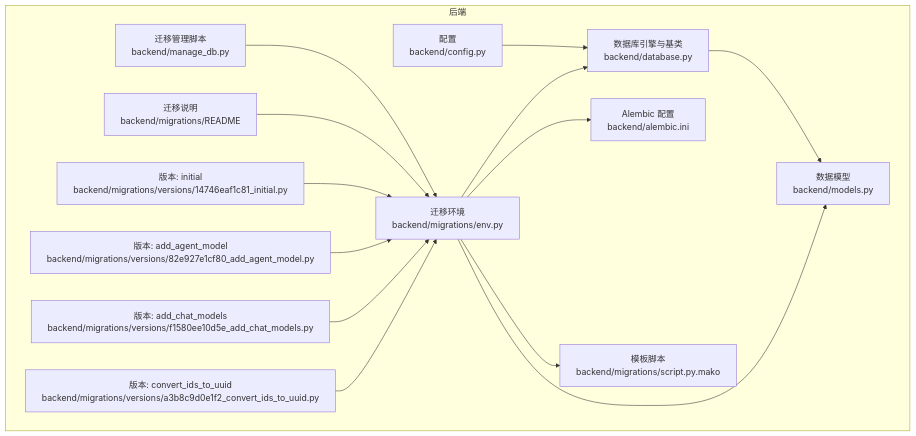
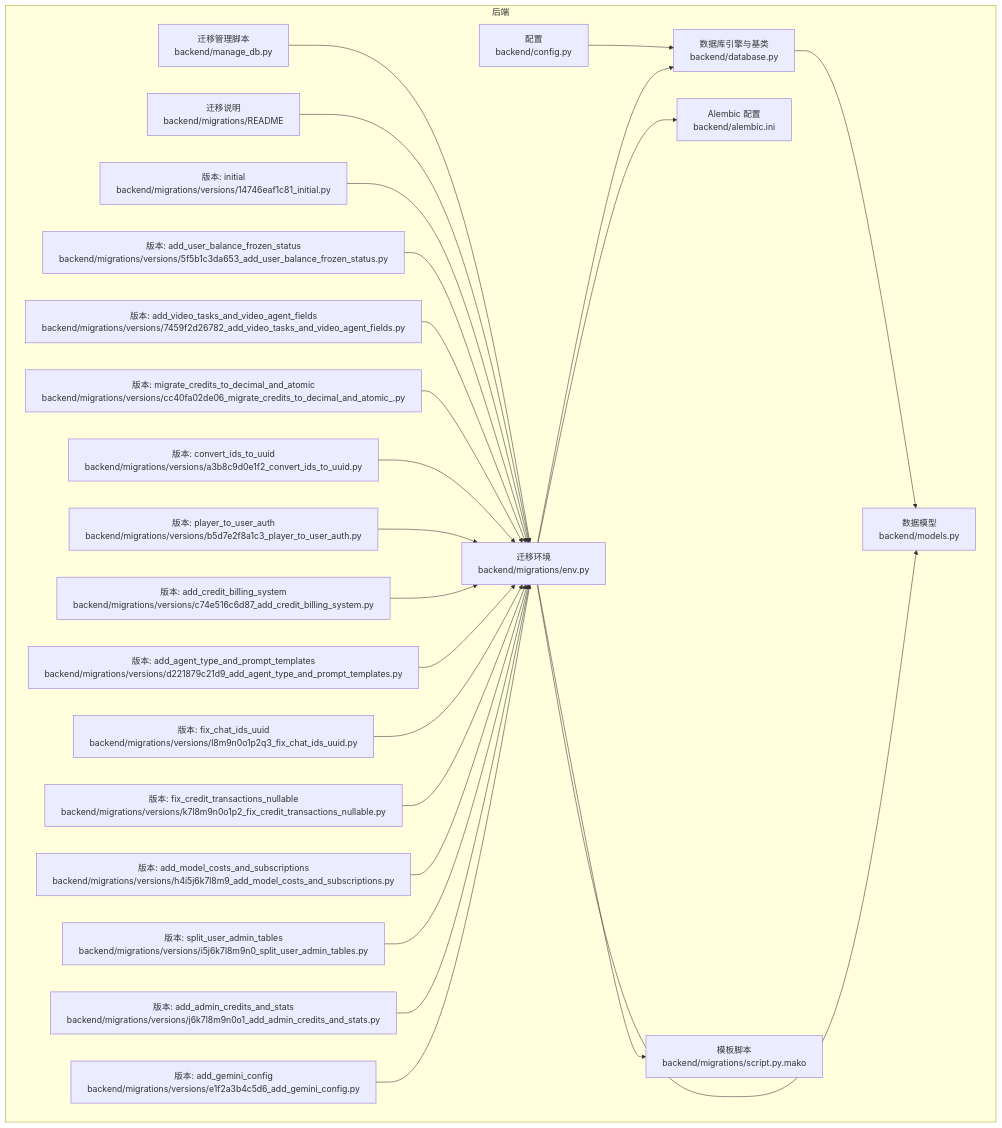
Before and after one commit to KunLabAI/KunFlix: the first of 6 diagrams in .qoder/repowiki/zh/content/数据库设计/数据库迁移管理.md, drawn with Mermaid. The commit also changed other lines of this file and 25 other files, not shown here.

First line of the commit message:
feat(admin-auth): 新增管理员认证模块及登录界面优化

````diff
--- a/.qoder/repowiki/zh/content/数据库设计/数据库迁移管理.md
+++ b/.qoder/repowiki/zh/content/数据库设计/数据库迁移管理.md
@@ -44,29 +55,49 @@
 ```mermaid
 graph TB
 subgraph "后端"
 CFG["配置<br/>backend/config.py"]
 DB["数据库引擎与基类<br/>backend/database.py"]
 MODELS["数据模型<br/>backend/models.py"]
 MANAGE["迁移管理脚本<br/>backend/manage_db.py"]
 ALEMBIC_INI["Alembic 配置<br/>backend/alembic.ini"]
 ENV["迁移环境<br/>backend/migrations/env.py"]
 SCRIPT_MAKO["模板脚本<br/>backend/migrations/script.py.mako"]
 README_MIG["迁移说明<br/>backend/migrations/README"]
 V1["版本: initial<br/>backend/migrations/versions/14746eaf1c81_initial.py"]
-V2["版本: add_agent_model<br/>backend/migrations/versions/82e927e1cf80_add_agent_model.py"]
-V3["版本: add_chat_models<br/>backend/migrations/versions/f1580ee10d5e_add_chat_models.py"]
-V4["版本: convert_ids_to_uuid<br/>backend/migrations/versions/a3b8c9d0e1f2_convert_ids_to_uuid.py"]
+V2["版本: add_user_balance_frozen_status<br/>backend/migrations/versions/5f5b1c3da653_add_user_balance_frozen_status.py"]
+V3["版本: add_video_tasks_and_video_agent_fields<br/>backend/migrations/versions/7459f2d26782_add_video_tasks_and_video_agent_fields.py"]
+V4["版本: migrate_credits_to_decimal_and_atomic<br/>backend/migrations/versions/cc40fa02de06_migrate_credits_to_decimal_and_atomic_.py"]
+V5["版本: convert_ids_to_uuid<br/>backend/migrations/versions/a3b8c9d0e1f2_convert_ids_to_uuid.py"]
+V6["版本: player_to_user_auth<br/>backend/migrations/versions/b5d7e2f8a1c3_player_to_user_auth.py"]
+V7["版本: add_credit_billing_system<br/>backend/migrations/versions/c74e516c6d87_add_credit_billing_system.py"]
+V8["版本: add_agent_type_and_prompt_templates<br/>backend/migrations/versions/d221879c21d9_add_agent_type_and_prompt_templates.py"]
+V9["版本: fix_chat_ids_uuid<br/>backend/migrations/versions/l8m9n0o1p2q3_fix_chat_ids_uuid.py"]
+V10["版本: fix_credit_transactions_nullable<br/>backend/migrations/versions/k7l8m9n0o1p2_fix_credit_transactions_nullable.py"]
+V11["版本: add_model_costs_and_subscriptions<br/>backend/migrations/versions/h4i5j6k7l8m9_add_model_costs_and_subscriptions.py"]
+V12["版本: split_user_admin_tables<br/>backend/migrations/versions/i5j6k7l8m9n0_split_user_admin_tables.py"]
+V13["版本: add_admin_credits_and_stats<br/>backend/migrations/versions/j6k7l8m9n0o1_add_admin_credits_and_stats.py"]
+V14["版本: add_gemini_config<br/>backend/migrations/versions/e1f2a3b4c5d6_add_gemini_config.py"]
 end
 CFG --> DB
 DB --> MODELS
 MANAGE --> ENV
 ENV --> MODELS
 ENV --> DB
 ENV --> ALEMBIC_INI
 ENV --> SCRIPT_MAKO
 README_MIG --> ENV
 V1 --> ENV
 V2 --> ENV
 V3 --> ENV
 V4 --> ENV
+V5 --> ENV
+V6 --> ENV
+V7 --> ENV
+V8 --> ENV
+V9 --> ENV
+V10 --> ENV
+V11 --> ENV
+V12 --> ENV
+V13 --> ENV
+V14 --> ENV
 ```
````
